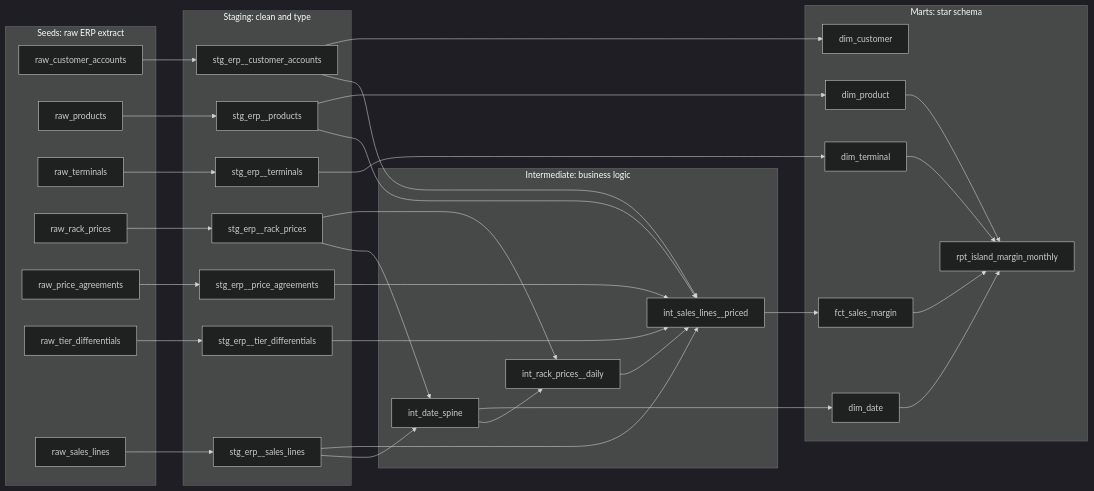
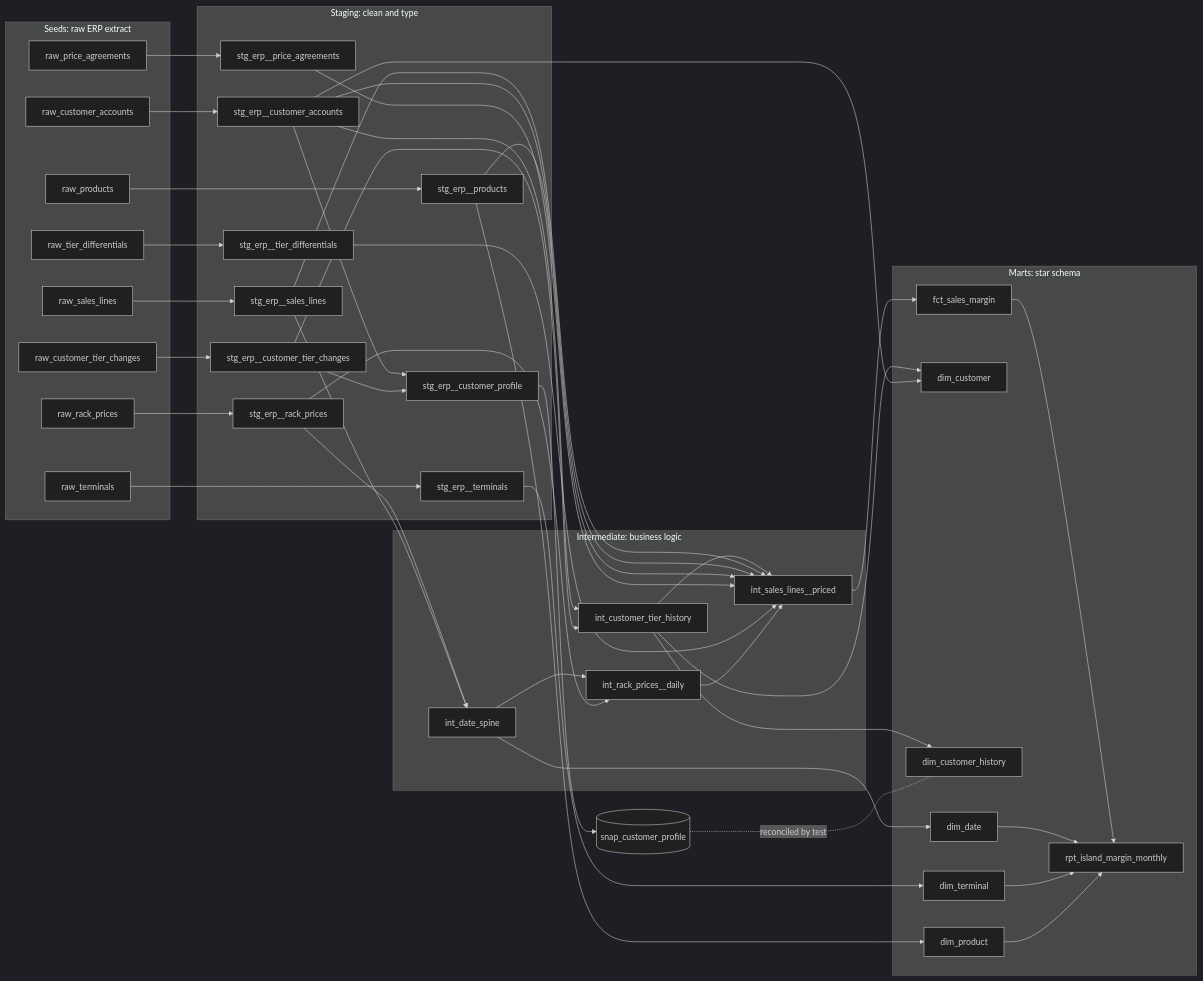
The diagram in README.md (vinhtran1707/fuel-pricing-dbt), drawn with Mermaid (dark theme) before and after one commit. The commit also changed other lines of this file and 18 other files, not shown here.

First line of the commit message:
Add dbt snapshot and SCD Type 2 customer tier history

````diff
--- a/README.md
+++ b/README.md
@@ -27,22 +37,26 @@
 ```mermaid
 flowchart LR
   subgraph raw [Seeds: raw ERP extract]
     A[raw_customer_accounts]; P[raw_products]; T[raw_terminals]
     R[raw_rack_prices]; G[raw_price_agreements]; D[raw_tier_differentials]; S[raw_sales_lines]
+    TC[raw_customer_tier_changes]
   end
   subgraph stg [Staging: clean and type]
     sA[stg_erp__customer_accounts]; sP[stg_erp__products]; sT[stg_erp__terminals]
     sR[stg_erp__rack_prices]; sG[stg_erp__price_agreements]; sD[stg_erp__tier_differentials]; sS[stg_erp__sales_lines]
+    sTC[stg_erp__customer_tier_changes]; sCP[stg_erp__customer_profile]
   end
+  SNAP[(snap_customer_profile)]
   subgraph int [Intermediate: business logic]
-    DS[int_date_spine]; RD[int_rack_prices__daily]; SP[int_sales_lines__priced]
+    DS[int_date_spine]; RD[int_rack_prices__daily]; SP[int_sales_lines__priced]; TH[int_customer_tier_history]
   end
   subgraph marts [Marts: star schema]
-    dD[dim_date]; dC[dim_customer]; dP[dim_product]; dT[dim_terminal]; F[fct_sales_margin]; RPT[rpt_island_margin_monthly]
+    dD[dim_date]; dC[dim_customer]; dH[dim_customer_history]; dP[dim_product]; dT[dim_terminal]; F[fct_sales_margin]; RPT[rpt_island_margin_monthly]
   end
-  A-->sA; P-->sP; T-->sT; R-->sR; G-->sG; D-->sD; S-->sS
+  A-->sA; P-->sP; T-->sT; R-->sR; G-->sG; D-->sD; S-->sS; TC-->sTC
+  sA-->sCP; sTC-->sCP; sCP-->SNAP; sA-->TH; sTC-->TH; TH-->SP; TH-->dH; TH-->dC; SNAP-.reconciled by test.-dH
   sR-->DS; sS-->DS; DS-->RD; sR-->RD
   sS-->SP; sA-->SP; sP-->SP; sG-->SP; sD-->SP; RD-->SP
   DS-->dD; sA-->dC; sP-->dP; sT-->dT; SP-->F
   F-->RPT; dD-->RPT; dT-->RPT; dP-->RPT
 ```
````
